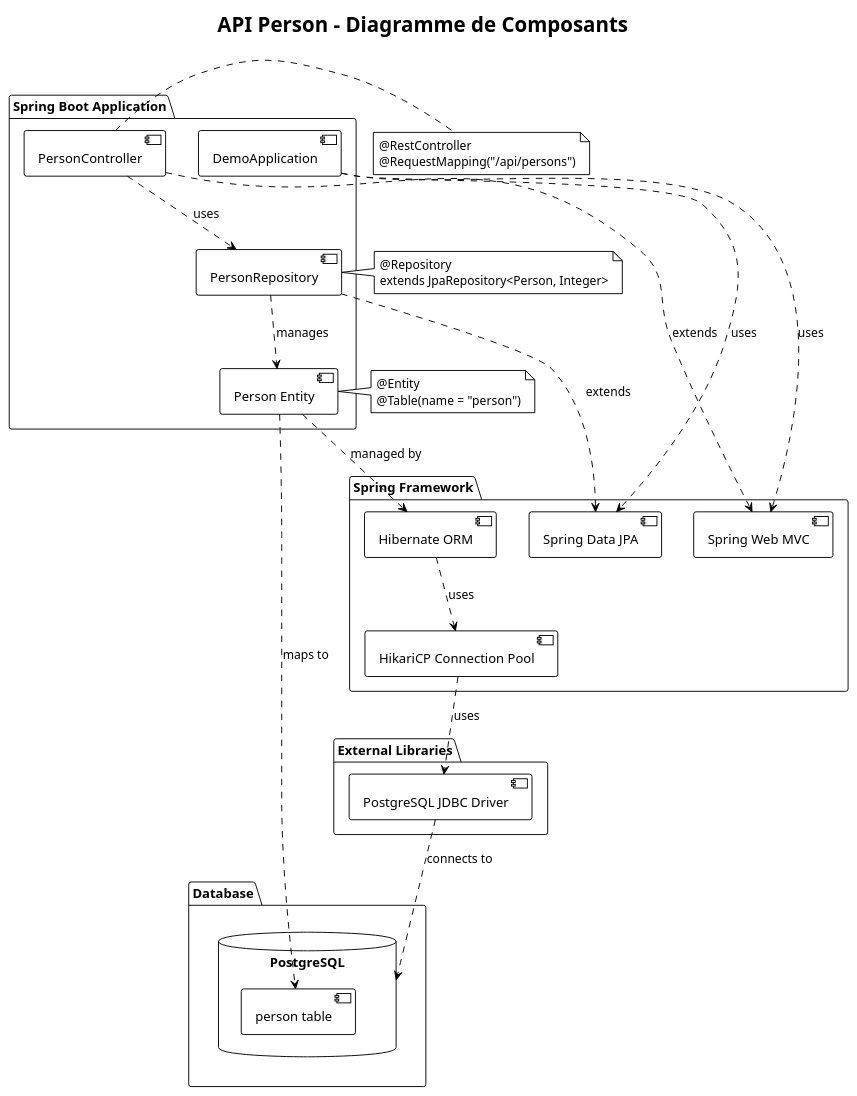
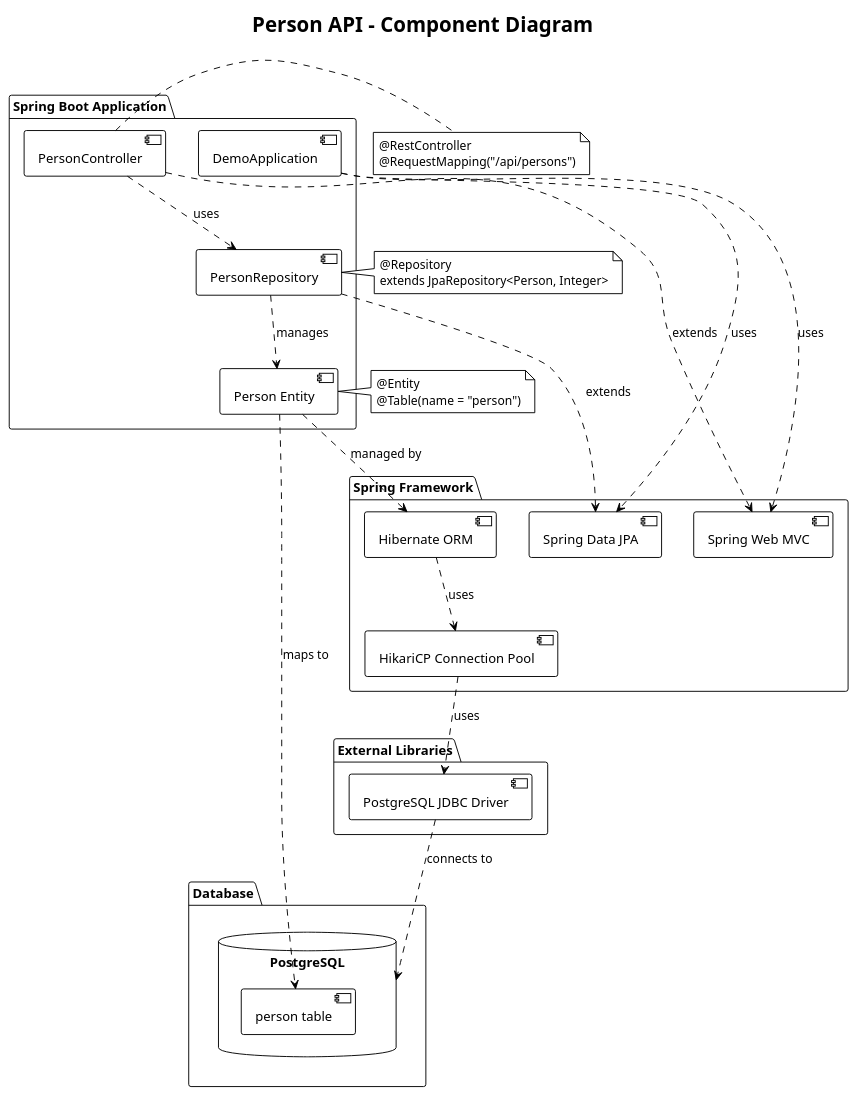
One commit to DieuDuHub/springclaude changed the diagram in docs/component-diagram.puml. Above: the diagram before and after it, drawn with PlantUML. The commit also changed 5 other files, not shown here.

```diff
--- a/docs/component-diagram.puml
+++ b/docs/component-diagram.puml
@@ -1,63 +1,63 @@
 @startuml component-diagram
 !theme plain
-title API Person - Diagramme de Composants
+title Person API - Component Diagram
 
 package "Spring Boot Application" {
     component [DemoApplication] as app
     component [PersonController] as controller
     component [PersonRepository] as repository
     component [Person Entity] as entity
     
     controller ..> repository : uses
     repository ..> entity : manages
 }
 
 package "Spring Framework" {
     component [Spring Web MVC] as mvc
     component [Spring Data JPA] as jpa
     component [Hibernate ORM] as hibernate
     component [HikariCP Connection Pool] as hikari
 }
 
 package "Database" {
     database PostgreSQL {
         component [person table] as table
     }
 }
 
 package "External Libraries" {
     component [PostgreSQL JDBC Driver] as driver
 }
 
-' Spring Boot utilise les composants Spring
+' Spring Boot uses Spring components
 app ..> mvc : uses
 app ..> jpa : uses
 controller ..> mvc : extends
 repository ..> jpa : extends
 entity ..> hibernate : managed by
 
 ' Database connections
 hibernate ..> hikari : uses
 hikari ..> driver : uses
 driver ..> PostgreSQL : connects to
 
 ' Mapping
 entity ..> table : maps to
 
 ' Annotations
 note right of controller
     @RestController
     @RequestMapping("/api/persons")
 end note
 
 note right of repository
     @Repository
     extends JpaRepository<Person, Integer>
 end note
 
 note right of entity
     @Entity
     @Table(name = "person")
 end note
 
 @enduml
```
